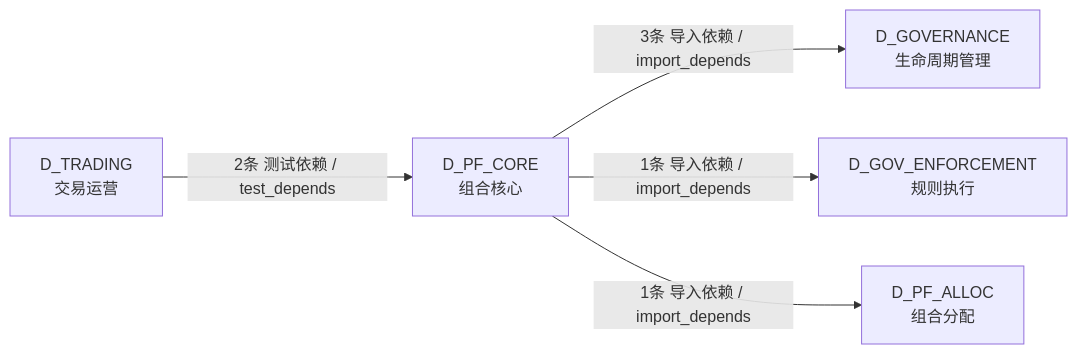
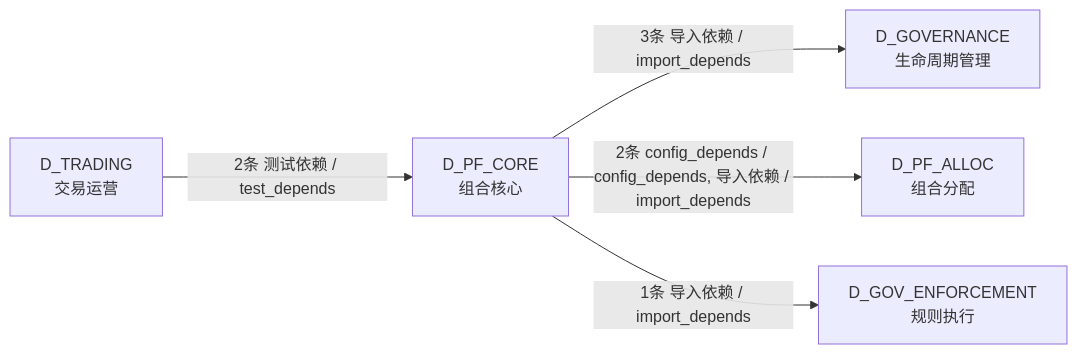
The fourth of 4 diagrams in docs/02_enterprise_architecture/02_domain_architecture_docs/50_d_pf_core.md (xuanFelixVan/ZephyrAlpha), drawn with Mermaid before and after one commit. The commit also changed other lines of this file and 122 other files, not shown here.

````diff
--- a/docs/02_enterprise_architecture/02_domain_architecture_docs/50_d_pf_core.md
+++ b/docs/02_enterprise_architecture/02_domain_architecture_docs/50_d_pf_core.md
@@ -193,12 +195,12 @@
 ```mermaid
 graph LR
     D_PF_CORE["D_PF_CORE<br/>组合核心"]
     D_GOVERNANCE["D_GOVERNANCE<br/>生命周期管理"]
+    D_PF_ALLOC["D_PF_ALLOC<br/>组合分配"]
     D_GOV_ENFORCEMENT["D_GOV_ENFORCEMENT<br/>规则执行"]
-    D_PF_ALLOC["D_PF_ALLOC<br/>组合分配"]
     D_TRADING["D_TRADING<br/>交易运营"]
     D_PF_CORE -->|3条 导入依赖 / import_depends| D_GOVERNANCE
+    D_PF_CORE -->|2条 config_depends / config_depends, 导入依赖 / import_depends| D_PF_ALLOC
     D_PF_CORE -->|1条 导入依赖 / import_depends| D_GOV_ENFORCEMENT
-    D_PF_CORE -->|1条 导入依赖 / import_depends| D_PF_ALLOC
     D_TRADING -->|2条 测试依赖 / test_depends| D_PF_CORE
 ```
````
